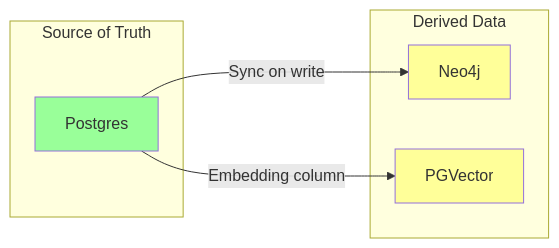
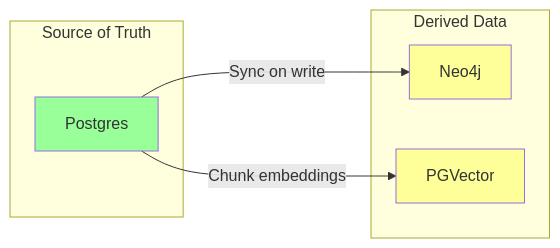
One commit to twistingmercury/mnemonic-mcp changed diagram 14 of 14 in docs/architecture/04-data-architecture.md. Above: the diagram before and after it, drawn with Mermaid. The commit also changed other lines of this file and 45 other files, not shown here.

````diff
--- a/docs/architecture/04-data-architecture.md
+++ b/docs/architecture/04-data-architecture.md
@@ -624,18 +644,18 @@
 ```mermaid
 graph LR
     subgraph "Source of Truth"
         PG[Postgres]
     end
 
     subgraph "Derived Data"
         NEO[Neo4j]
         PGV[PGVector]
     end
 
     PG -->|"Sync on write"| NEO
-    PG -->|"Embedding column"| PGV
+    PG -->|"Chunk embeddings"| PGV
 
     style PG fill:#9f9
     style NEO fill:#ff9
     style PGV fill:#ff9
 ```
````
